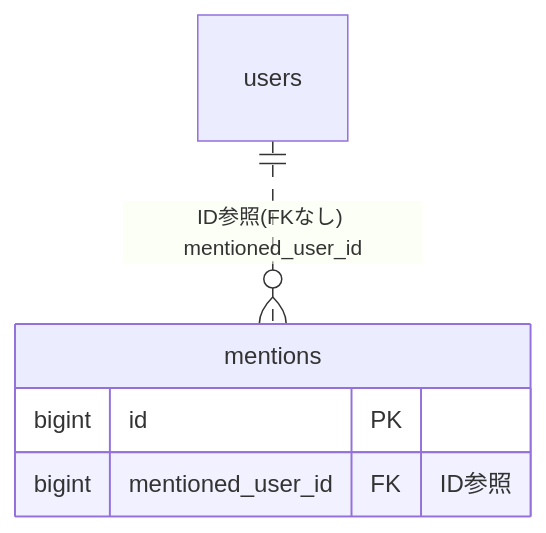
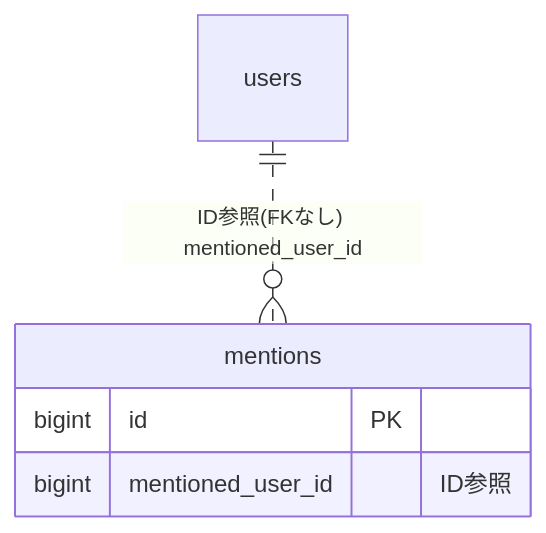
One commit to kenta-0420/mannschaft changed the diagram in docs/architecture/er/mention.md. Above: the diagram before and after it, drawn with Mermaid. The commit also changed other lines of this file and 115 other files, not shown here.

Commit message:
改善: ER図のFKマーカーを実FKのみに限定し、被参照の逆引き節とREADME凡例を追加 (PR #4268)

````diff
--- a/docs/architecture/er/mention.md
+++ b/docs/architecture/er/mention.md
@@ -12,9 +12,9 @@
 ```mermaid
 erDiagram
     mentions {
         bigint id PK
-        bigint mentioned_user_id FK "ID参照"
+        bigint mentioned_user_id "ID参照"
     }
     users
     users ||..o{ mentions : "ID参照(FKなし) mentioned_user_id"
 ```
````
